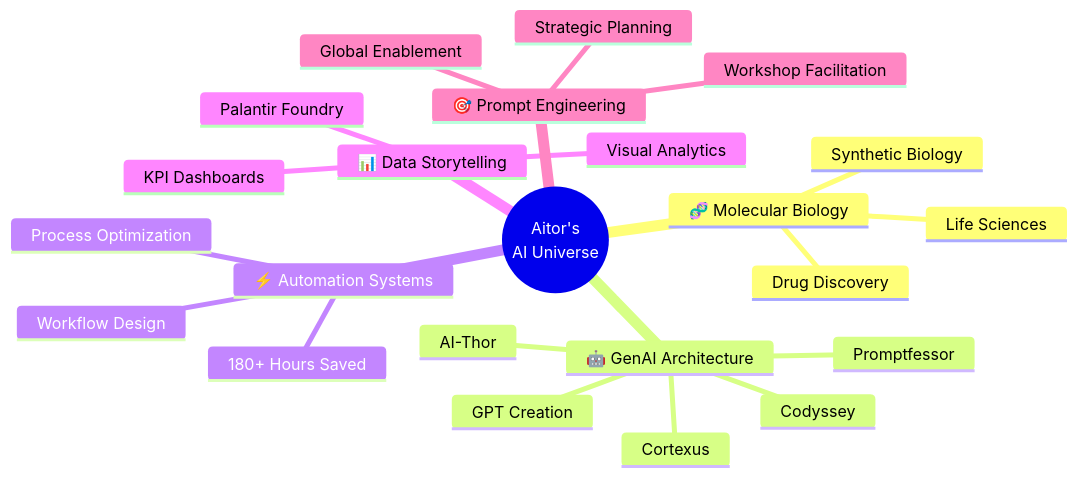
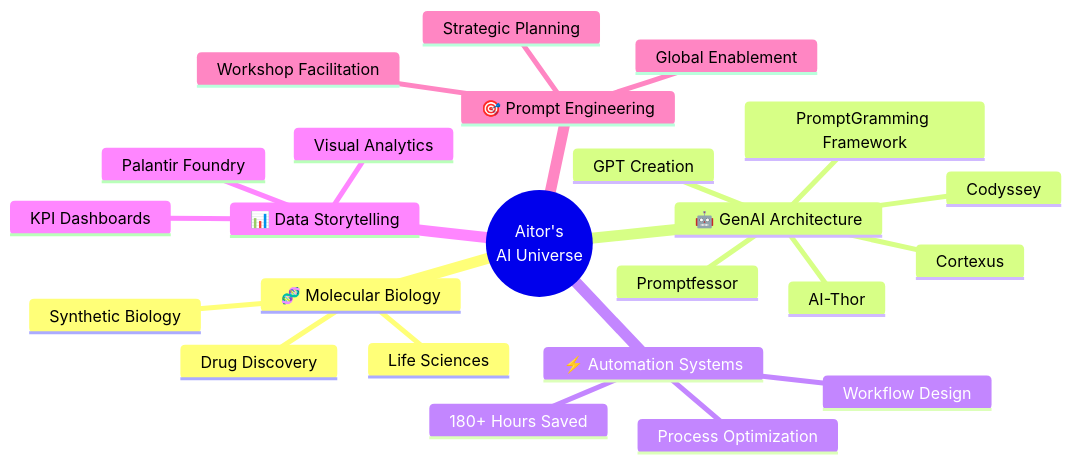
One commit to rm2thaddeus/rm2thaddeus changed the first of 2 diagrams in README.md. Above: the diagram before and after it, drawn with Mermaid. The commit also changed other lines of this file, not shown here.

Commit message:
Showcase PromptGramming framework prominently, add to mindmap, and replace broken gitgraph with working timeline visualization

````diff
--- a/README.md
+++ b/README.md
@@ -31,26 +32,27 @@
 ```mermaid
 mindmap
   root((Aitor's<br/>AI Universe))
     🧬 Molecular Biology
       Synthetic Biology
       Drug Discovery
       Life Sciences
     🤖 GenAI Architecture
+      PromptGramming Framework
       GPT Creation
       AI-Thor
       Cortexus
       Promptfessor
       Codyssey
     ⚡ Automation Systems
       Process Optimization
       180+ Hours Saved
       Workflow Design
     📊 Data Storytelling
       Palantir Foundry
       KPI Dashboards
       Visual Analytics
     🎯 Prompt Engineering
       Strategic Planning
       Workshop Facilitation
       Global Enablement
 ```  
````
